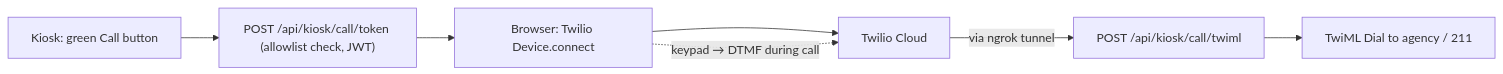
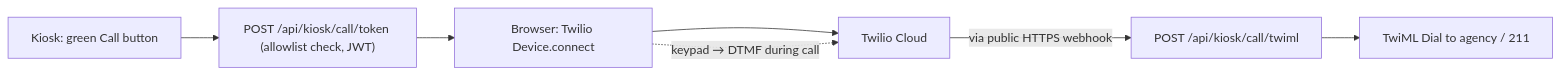
Before and after one commit to BarkBarkBarkBarkBarkBarkBark/talkbox: the diagram in README.md, drawn with Mermaid. The commit also changed other lines of this file and 7 other files, not shown here.

````diff
--- a/README.md
+++ b/README.md
@@ -59,9 +59,9 @@
 ```mermaid
 flowchart LR
   Button["Kiosk: green Call button"] --> Token["POST /api/kiosk/call/token (allowlist check, JWT)"]
   Token --> Connect["Browser: Twilio Device.connect"]
   Connect --> Twilio[Twilio Cloud]
-  Twilio -->|"via ngrok tunnel"| Webhook["POST /api/kiosk/call/twiml"]
+  Twilio -->|"via public HTTPS webhook"| Webhook["POST /api/kiosk/call/twiml"]
   Webhook --> DialOut["TwiML Dial to agency / 211"]
   Connect -. "keypad → DTMF during call" .-> Twilio
 ```
````
